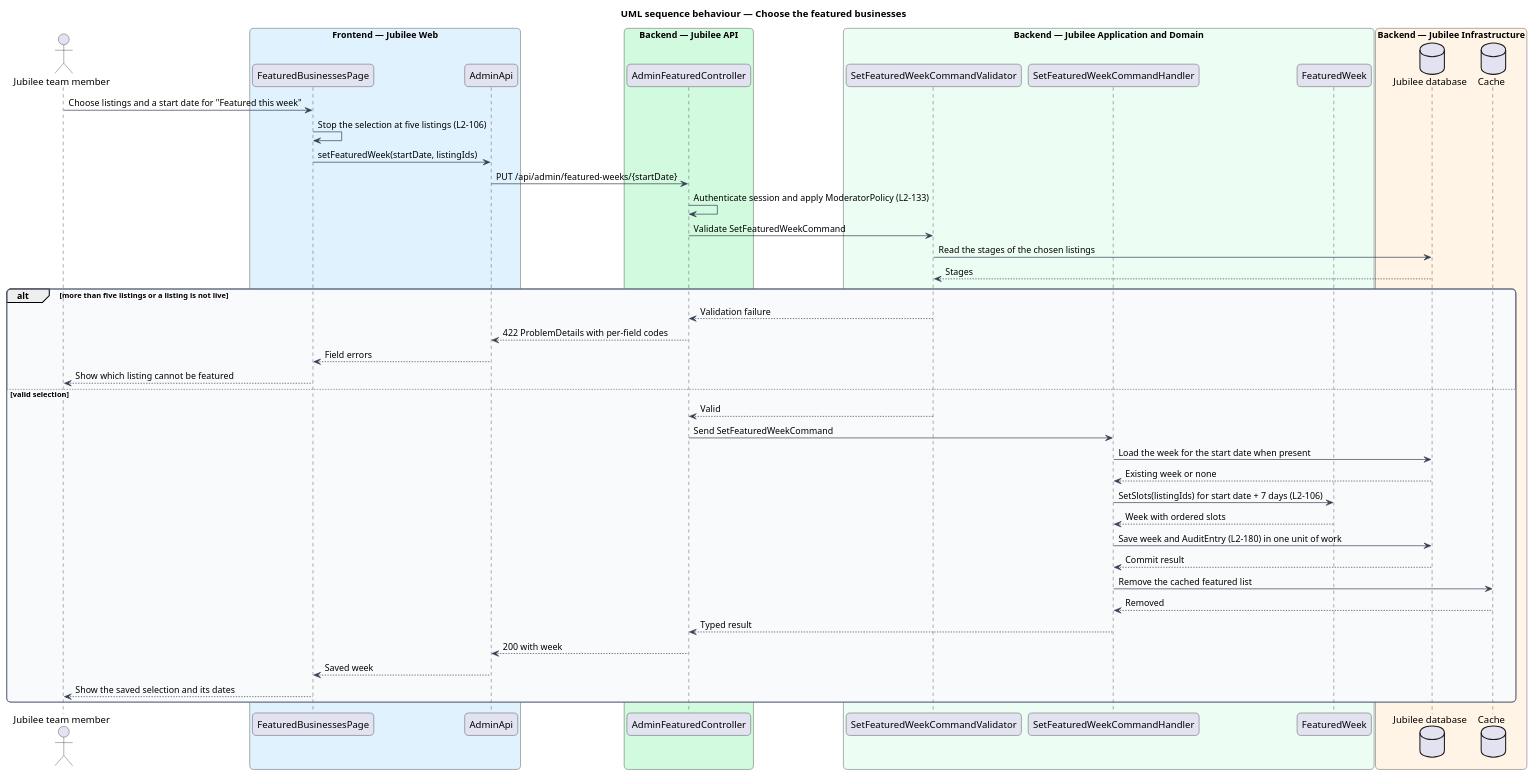
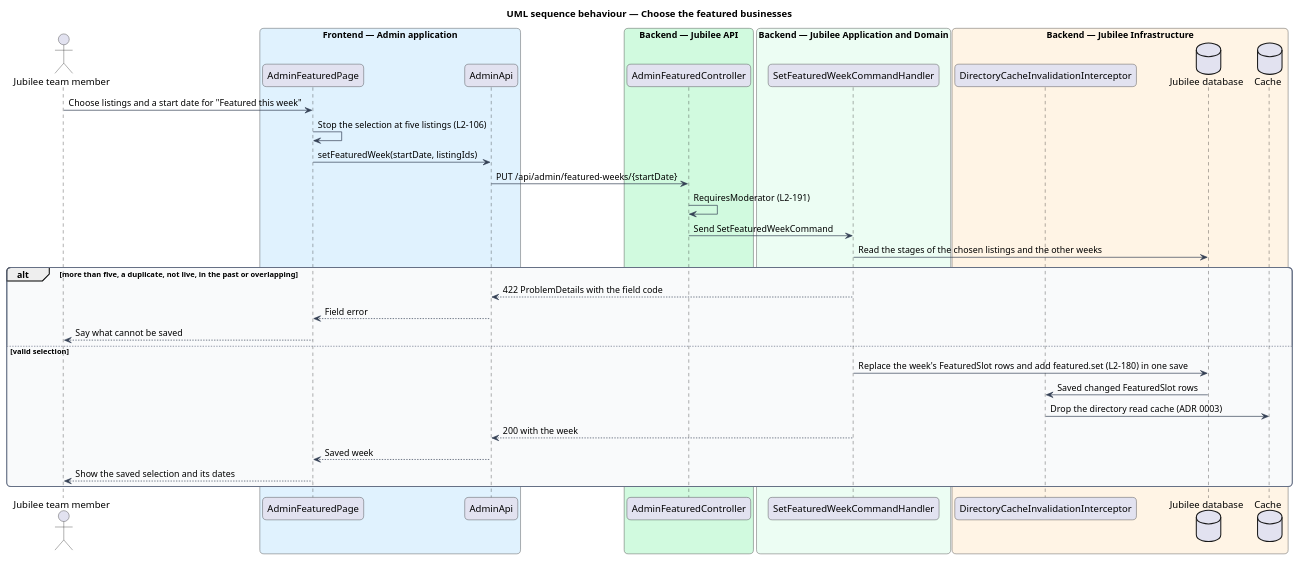
The diagram in docs/detailed-designs/moderation/feature-businesses/diagrams/sequence-set-featured-week.puml (QuinntyneBrown/jubilee), drawn with PlantUML before and after one commit. The commit also changed 27 other files, not shown here.

First line of the commit message:
Journey 25: requirements, ADR 0058 and designs for the report notice, the admin bar count and the public bound

```diff
--- a/docs/detailed-designs/moderation/feature-businesses/diagrams/sequence-set-featured-week.puml
+++ b/docs/detailed-designs/moderation/feature-businesses/diagrams/sequence-set-featured-week.puml
@@ -1,63 +1,52 @@
 @startuml
 title UML sequence behaviour — Choose the featured businesses
 skinparam backgroundColor #FFFFFF
 skinparam shadowing false
 skinparam roundcorner 12
 skinparam defaultFontName Arial
 skinparam ArrowColor #344054
 skinparam rectangle {
   BorderColor #344054
   FontColor #101828
 }
 skinparam package {
   BorderColor #667085
   FontColor #101828
   BackgroundColor #F9FAFB
 }
 actor "Jubilee team member" as actor
-box "Frontend — Jubilee Web" #E0F2FE
-  participant "FeaturedBusinessesPage" as page
+box "Frontend — Admin application" #E0F2FE
+  participant "AdminFeaturedPage" as page
   participant "AdminApi" as client
 end box
 box "Backend — Jubilee API" #D1FADF
   participant "AdminFeaturedController" as controller
 end box
 box "Backend — Jubilee Application and Domain" #ECFDF3
-  participant "SetFeaturedWeekCommandValidator" as validator
   participant "SetFeaturedWeekCommandHandler" as handler
-  participant "FeaturedWeek" as entity
 end box
 box "Backend — Jubilee Infrastructure" #FFF4E5
+  participant "DirectoryCacheInvalidationInterceptor" as icpt
   database "Jubilee database" as db
   database "Cache" as cache
 end box
 actor -> page : Choose listings and a start date for "Featured this week"
 page -> page : Stop the selection at five listings (L2-106)
 page -> client : setFeaturedWeek(startDate, listingIds)
 client -> controller : PUT /api/admin/featured-weeks/{startDate}
-controller -> controller : Authenticate session and apply ModeratorPolicy (L2-133)
-controller -> validator : Validate SetFeaturedWeekCommand
-validator -> db : Read the stages of the chosen listings
-db --> validator : Stages
-alt more than five listings or a listing is not live
-  validator --> controller : Validation failure
-  controller --> client : 422 ProblemDetails with per-field codes
-  client --> page : Field errors
-  page --> actor : Show which listing cannot be featured
+controller -> controller : RequiresModerator (L2-191)
+controller -> handler : Send SetFeaturedWeekCommand
+handler -> db : Read the stages of the chosen listings and the other weeks
+alt more than five, a duplicate, not live, in the past or overlapping
+  handler --> client : 422 ProblemDetails with the field code
+  client --> page : Field error
+  page --> actor : Say what cannot be saved
 else valid selection
-  validator --> controller : Valid
-  controller -> handler : Send SetFeaturedWeekCommand
-  handler -> db : Load the week for the start date when present
-  db --> handler : Existing week or none
-  handler -> entity : SetSlots(listingIds) for start date + 7 days (L2-106)
-  entity --> handler : Week with ordered slots
-  handler -> db : Save week and AuditEntry (L2-180) in one unit of work
-  db --> handler : Commit result
-  handler -> cache : Remove the cached featured list
-  cache --> handler : Removed
-  handler --> controller : Typed result
-  controller --> client : 200 with week
+  handler -> db : Replace the week's FeaturedSlot rows and add featured.set (L2-180) in one save
+  db -> icpt : Saved changed FeaturedSlot rows
+  icpt -> cache : Drop the directory read cache (ADR 0003)
+  handler --> client : 200 with the week
   client --> page : Saved week
   page --> actor : Show the saved selection and its dates
 end
 @enduml
```
